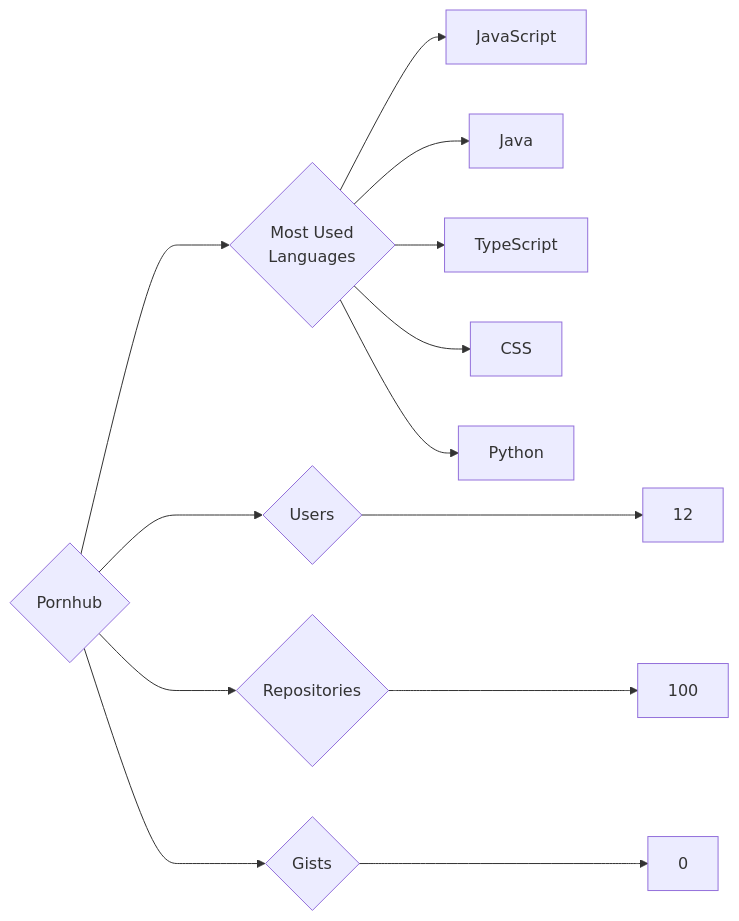
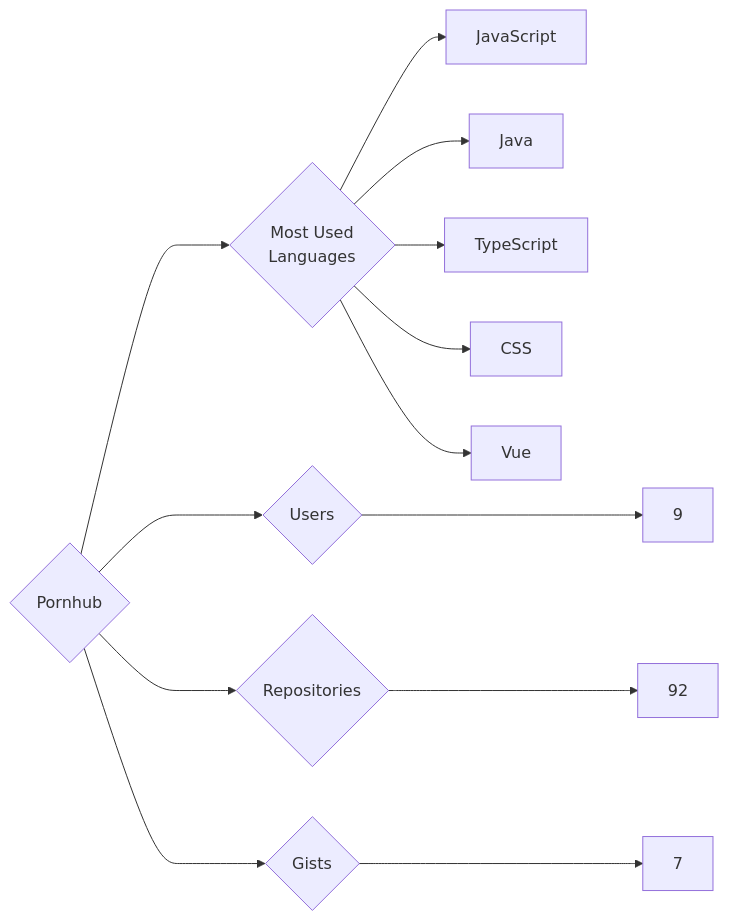
The diagram in targets/Pornhub/README.md (trickest/insiders), drawn with Mermaid before and after one commit. The commit also changed 997 other files, not shown here.

````diff
--- a/targets/Pornhub/README.md
+++ b/targets/Pornhub/README.md
@@ -3,13 +3,13 @@
 ```mermaid
 graph LR
 COMPANY_NAME{Pornhub}
-COMPANY_NAME ---> U{Users} ---> UN[12]
-COMPANY_NAME ---> R{Repositories} ---> RN[100]
-COMPANY_NAME ---> G{Gists} ---> GN[0]
+COMPANY_NAME ---> U{Users} ---> UN[9]
+COMPANY_NAME ---> R{Repositories} ---> RN[92]
+COMPANY_NAME ---> G{Gists} ---> GN[7]
 COMPANY_NAME ---> ML{Most Used<br>Languages}
-ML --> JavaScript
-ML --> Java
-ML --> TypeScript
-ML --> CSS
-ML --> Python
+ML --> JavaScript[JavaScript]
+ML --> Java[Java]
+ML --> TypeScript[TypeScript]
+ML --> CSS[CSS]
+ML --> Vue[Vue]
 ```
````
